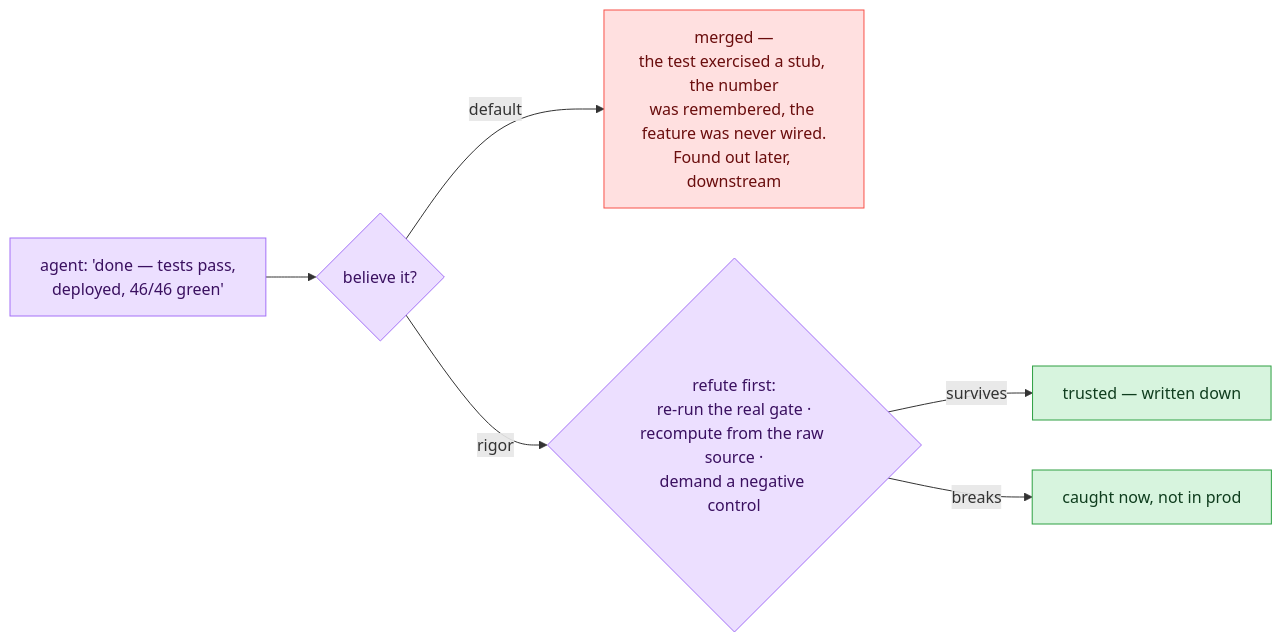
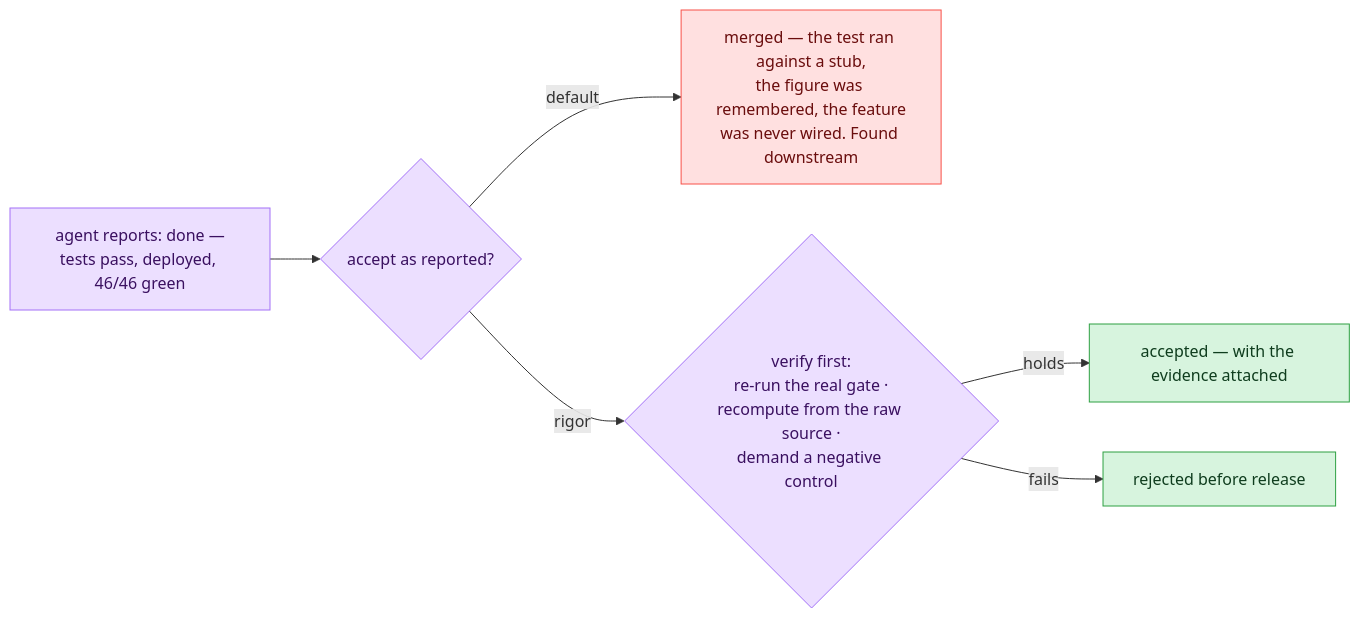
One commit to hossainpazooki/rigor changed the diagram in README.md. Above: the diagram before and after it, drawn with Mermaid. The commit also changed other lines of this file and 1 other file, not shown here.

````diff
--- a/README.md
+++ b/README.md
@@ -11,15 +13,15 @@
 ```mermaid
 flowchart LR
-    C["agent: 'done — tests pass,<br/>deployed, 46/46 green'"] --> D{"believe it?"}
-    D -->|default| P["merged —<br/>the test exercised a stub, the number<br/>was remembered, the feature was never wired.<br/>Found out later, downstream"]
-    D -->|rigor| R{"refute first:<br/>re-run the real gate ·<br/>recompute from the raw source ·<br/>demand a negative control"}
-    R -->|survives| T["trusted — written down"]
-    R -->|breaks| F["caught now, not in prod"]
+    C["agent reports: done —<br/>tests pass, deployed, 46/46 green"] --> D{"accept as reported?"}
+    D -->|default| P["merged — the test ran against a stub,<br/>the figure was remembered, the feature<br/>was never wired. Found downstream"]
+    D -->|rigor| R{"verify first:<br/>re-run the real gate ·<br/>recompute from the raw source ·<br/>demand a negative control"}
+    R -->|holds| T["accepted — with the evidence attached"]
+    R -->|fails| F["rejected before release"]
 
     classDef ok fill:#d7f4de,stroke:#2ea043,color:#0f3d1e;
     classDef bad fill:#ffe0e0,stroke:#f85149,color:#6a0d0d;
     classDef n fill:#ecdfff,stroke:#a371f7,color:#3a1060;
     class C,D,R n;
     class T,F ok;
     class P bad;
 ```
````
